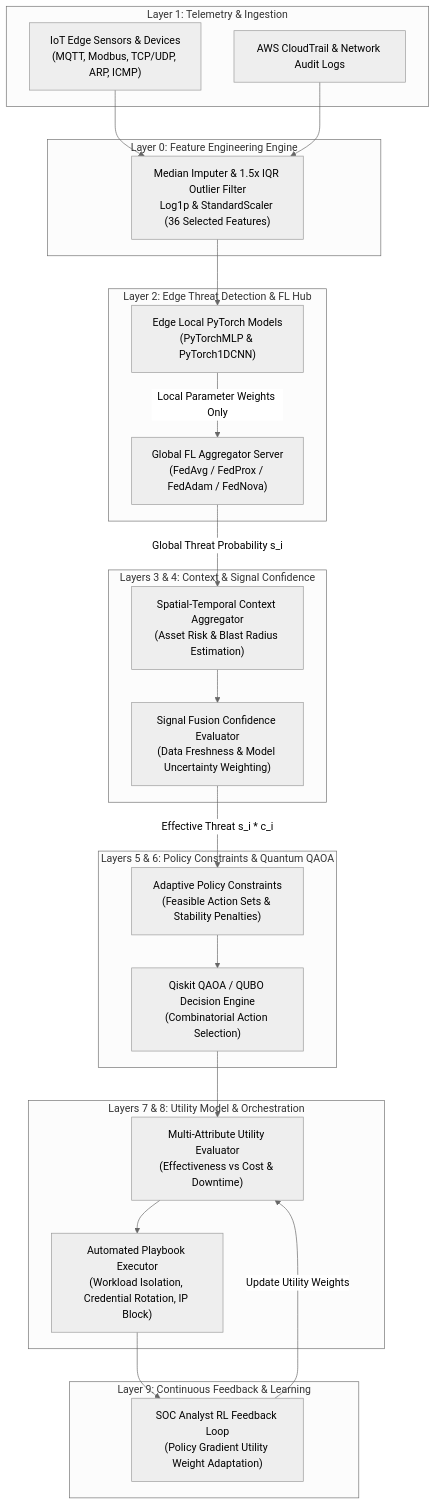
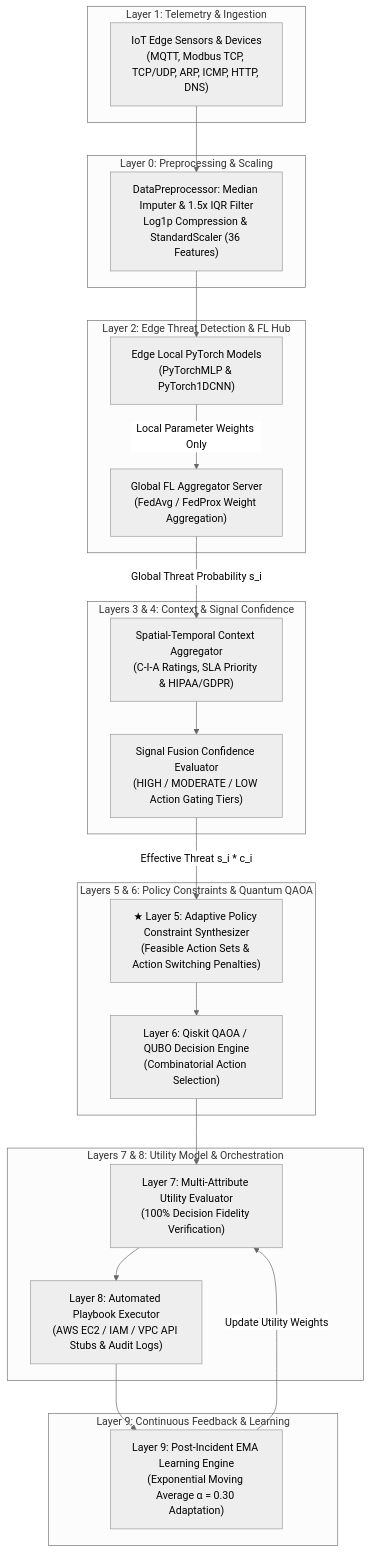
One commit to NAVEEN001138/cloud-guard-project changed the first of 2 diagrams in PATENT_DRAFT_INDIA.md. Above: the diagram before and after it, drawn with Mermaid (neutral theme). The commit also changed other lines of this file and 11 other files, not shown here.

Commit message:
feat: complete Form 2 Patent specification, Layer 8 execution workflow cleanup, multi-tier threat scenario, and glassmorphic UI redesign

````diff
--- a/PATENT_DRAFT_INDIA.md
+++ b/PATENT_DRAFT_INDIA.md
@@ -76,48 +79,46 @@
 ```mermaid
 graph TD
     subgraph L1 ["Layer 1: Telemetry & Ingestion"]
-        IoTEdge["IoT Edge Sensors & Devices<br/>(MQTT, Modbus, TCP/UDP, ARP, ICMP)"]
-        CloudLogs["AWS CloudTrail & Network Audit Logs"]
+        IoTEdge["IoT Edge Sensors & Devices<br/>(MQTT, Modbus TCP, TCP/UDP, ARP, ICMP, HTTP, DNS)"]
     end
 
-    subgraph L0 ["Layer 0: Feature Engineering Engine"]
-        Preproc["Median Imputer & 1.5x IQR Outlier Filter<br/>Log1p & StandardScaler (36 Selected Features)"]
+    subgraph L0 ["Layer 0: Preprocessing & Scaling"]
+        Preproc["DataPreprocessor: Median Imputer & 1.5x IQR Filter<br/>Log1p Compression & StandardScaler (36 Features)"]
     end
 
     subgraph L2 ["Layer 2: Edge Threat Detection & FL Hub"]
         EdgeMLP["Edge Local PyTorch Models<br/>(PyTorchMLP & PyTorch1DCNN)"]
-        FLAggregator["Global FL Aggregator Server<br/>(FedAvg / FedProx / FedAdam / FedNova)"]
+        FLAggregator["Global FL Aggregator Server<br/>(FedAvg / FedProx Weight Aggregation)"]
     end
 
     subgraph L3_4 ["Layers 3 & 4: Context & Signal Confidence"]
-        ContextEng["Spatial-Temporal Context Aggregator<br/>(Asset Risk & Blast Radius Estimation)"]
-        ConfEval["Signal Fusion Confidence Evaluator<br/>(Data Freshness & Model Uncertainty Weighting)"]
+        ContextEng["Spatial-Temporal Context Aggregator<br/>(C-I-A Ratings, SLA Priority & HIPAA/GDPR)"]
+        ConfEval["Signal Fusion Confidence Evaluator<br/>(HIGH / MODERATE / LOW Action Gating Tiers)"]
     end
 
     subgraph L5_6 ["Layers 5 & 6: Policy Constraints & Quantum QAOA"]
-        AdaptiveCons["Adaptive Policy Constraints<br/>(Feasible Action Sets & Stability Penalties)"]
-        QUBOEngine["Qiskit QAOA / QUBO Decision Engine<br/>(Combinatorial Action Selection)"]
+        AdaptiveCons["★ Layer 5: Adaptive Policy Constraint Synthesizer<br/>(Feasible Action Sets & Action Switching Penalties)"]
+        QUBOEngine["Layer 6: Qiskit QAOA / QUBO Decision Engine<br/>(Combinatorial Action Selection)"]
     end
 
     subgraph L7_8 ["Layers 7 & 8: Utility Model & Orchestration"]
-        UtilityModel["Multi-Attribute Utility Evaluator<br/>(Effectiveness vs Cost & Downtime)"]
-        Orchestration["Automated Playbook Executor<br/>(Workload Isolation, Credential Rotation, IP Block)"]
+        UtilityModel["Layer 7: Multi-Attribute Utility Evaluator<br/>(100% Decision Fidelity Verification)"]
+        Orchestration["Layer 8: Automated Playbook Executor<br/>(AWS EC2 / IAM / VPC API Stubs & Audit Logs)"]
     end
 
     subgraph L9 ["Layer 9: Continuous Feedback & Learning"]
-        FeedbackLoop["SOC Analyst RL Feedback Loop<br/>(Policy Gradient Utility Weight Adaptation)"]
+        FeedbackLoop["Layer 9: Post-Incident EMA Learning Engine<br/>(Exponential Moving Average α = 0.30 Adaptation)"]
     end
 
     IoTEdge --> Preproc
-    CloudLogs --> Preproc
     Preproc --> EdgeMLP
     EdgeMLP -->|Local Parameter Weights Only| FLAggregator
     FLAggregator -->|Global Threat Probability s_i| ContextEng
     ContextEng --> ConfEval
     ConfEval -->|Effective Threat s_i * c_i| AdaptiveCons
     AdaptiveCons --> QUBOEngine
     QUBOEngine --> UtilityModel
     UtilityModel --> Orchestration
     Orchestration --> FeedbackLoop
     FeedbackLoop -->|Update Utility Weights| UtilityModel
 ```
````
